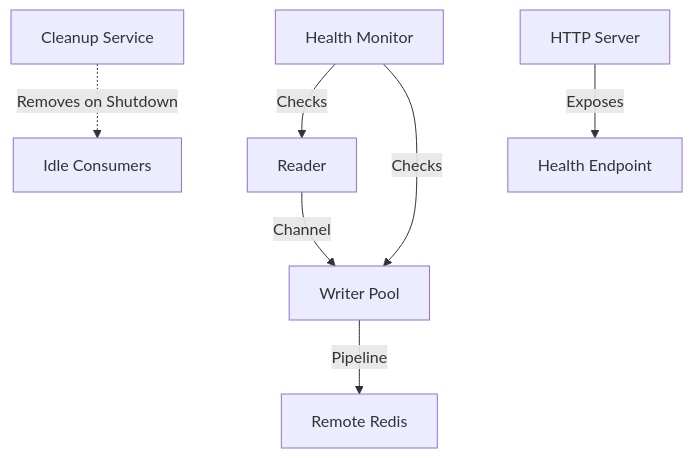
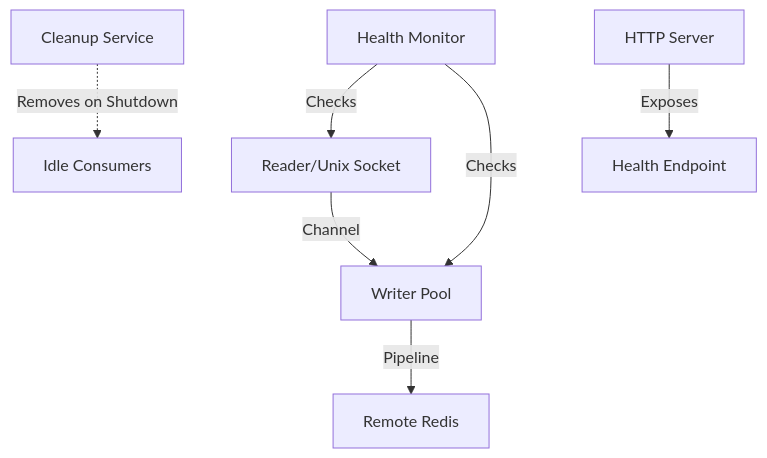
The fifth of 5 diagrams in README.md (rauxiliar/telephonyEventSync), drawn with Mermaid before and after one commit. The commit also changed other lines of this file and 4 other files, not shown here.

````diff
--- a/README.md
+++ b/README.md
@@ -52,9 +140,9 @@
 ```mermaid
 graph TD
-    A[Reader] -->|Channel| B[Writer Pool]
+    A[Reader/Unix Socket] -->|Channel| B[Writer Pool]
     B -->|Pipeline| C[Remote Redis]
     D[Health Monitor] -->|Checks| A
     D -->|Checks| B
     E[Cleanup Service] -.->|Removes on Shutdown| F[Idle Consumers]
     G[HTTP Server] -->|Exposes| H[Health Endpoint]
 ```
````
